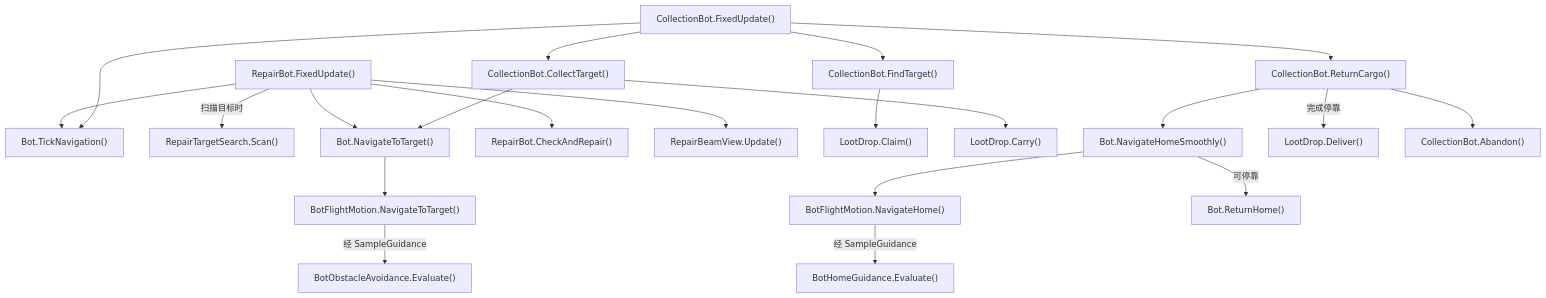
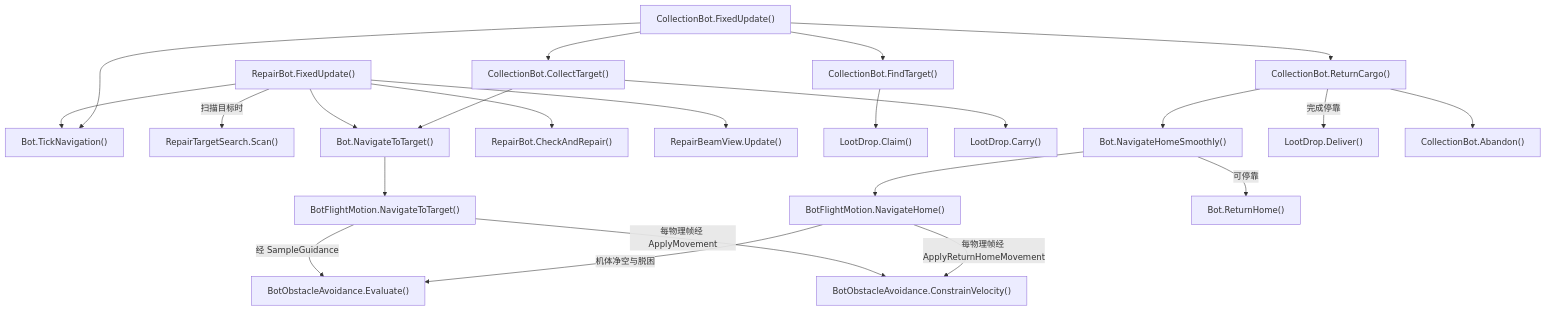
Before and after one commit to kukudia/HY-Sandbox: the seventh of 9 diagrams in Docs/RuntimeFlow.md, drawn with Mermaid. The commit also changed other lines of this file and 28 other files, not shown here.

First line of the commit message:
Fix loot visibility and presentation and unblock bot navigation

````diff
--- a/Docs/RuntimeFlow.md
+++ b/Docs/RuntimeFlow.md
@@ -542,63 +542,65 @@
 ```mermaid
 flowchart TD
     A["RepairBot.FixedUpdate()"]
     click A "../Assets/Scripts/Features/Bots/RepairBot.cs#L34" "打开源码"
     B["Bot.TickNavigation()"]
-    click B "../Assets/Scripts/Features/Bots/Bot.cs#L138" "打开源码"
+    click B "../Assets/Scripts/Features/Bots/Bot.cs#L157" "打开源码"
     C["RepairTargetSearch.Scan()"]
     click C "../Assets/Scripts/Features/Bots/RepairTargetSearch.cs#L15" "打开源码"
     D["Bot.NavigateToTarget()"]
-    click D "../Assets/Scripts/Features/Bots/Bot.cs#L210" "打开源码"
+    click D "../Assets/Scripts/Features/Bots/Bot.cs#L229" "打开源码"
     E["BotFlightMotion.NavigateToTarget()"]
     click E "../Assets/Scripts/Features/Bots/BotFlightMotion.cs#L58" "打开源码"
     F["BotObstacleAvoidance.Evaluate()"]
-    click F "../Assets/Scripts/Features/Bots/BotObstacleAvoidance.cs#L55" "打开源码"
+    click F "../Assets/Scripts/Features/Bots/BotObstacleAvoidance.cs#L63" "打开源码"
     G["RepairBot.CheckAndRepair()"]
     click G "../Assets/Scripts/Features/Bots/RepairBot.cs#L85" "打开源码"
     H["RepairBeamView.Update()"]
     click H "../Assets/Scripts/Features/Bots/RepairBeamView.cs#L49" "打开源码"
     I["CollectionBot.FixedUpdate()"]
     click I "../Assets/Scripts/Features/Bots/CollectionBot.cs#L31" "打开源码"
     J["CollectionBot.FindTarget()"]
     click J "../Assets/Scripts/Features/Bots/CollectionBot.cs#L94" "打开源码"
     K["LootDrop.Claim()"]
-    click K "../Assets/Scripts/Features/Salvage/LootDrop.cs#L154" "打开源码"
+    click K "../Assets/Scripts/Features/Salvage/LootDrop.cs#L188" "打开源码"
     L["CollectionBot.CollectTarget()"]
     click L "../Assets/Scripts/Features/Bots/CollectionBot.cs#L73" "打开源码"
     M["LootDrop.Carry()"]
-    click M "../Assets/Scripts/Features/Salvage/LootDrop.cs#L166" "打开源码"
+    click M "../Assets/Scripts/Features/Salvage/LootDrop.cs#L200" "打开源码"
     N["CollectionBot.ReturnCargo()"]
     click N "../Assets/Scripts/Features/Bots/CollectionBot.cs#L82" "打开源码"
     O["Bot.NavigateHomeSmoothly()"]
-    click O "../Assets/Scripts/Features/Bots/Bot.cs#L230" "打开源码"
+    click O "../Assets/Scripts/Features/Bots/Bot.cs#L249" "打开源码"
     P["BotFlightMotion.NavigateHome()"]
-    click P "../Assets/Scripts/Features/Bots/BotFlightMotion.cs#L71" "打开源码"
-    Q["BotHomeGuidance.Evaluate()"]
-    click Q "../Assets/Scripts/Features/Bots/BotHomeGuidance.cs#L27" "打开源码"
+    click P "../Assets/Scripts/Features/Bots/BotFlightMotion.cs#L69" "打开源码"
+    Q["BotObstacleAvoidance.ConstrainVelocity()"]
+    click Q "../Assets/Scripts/Features/Bots/BotObstacleAvoidance.cs#L223" "打开源码"
     R["Bot.ReturnHome()"]
-    click R "../Assets/Scripts/Features/Bots/Bot.cs#L280" "打开源码"
+    click R "../Assets/Scripts/Features/Bots/Bot.cs#L292" "打开源码"
     S["LootDrop.Deliver()"]
-    click S "../Assets/Scripts/Features/Salvage/LootDrop.cs#L195" "打开源码"
+    click S "../Assets/Scripts/Features/Salvage/LootDrop.cs#L231" "打开源码"
     T["CollectionBot.Abandon()"]
     click T "../Assets/Scripts/Features/Bots/CollectionBot.cs#L131" "打开源码"
     A --> B
     A -->|扫描目标时| C
     A --> D
     D --> E
     E -->|经 SampleGuidance| F
+    E -->|每物理帧经 ApplyMovement| Q
     A --> G
     A --> H
     I --> B
     I --> J
     J --> K
     I --> L
     L --> D
     L --> M
     I --> N
     N --> O
     O --> P
-    P -->|经 SampleGuidance| Q
+    P -->|每物理帧经 ApplyReturnHomeMovement| Q
+    P -->|机体净空与脱困| F
     O -->|可停靠| R
     N -->|完成停靠| S
     N --> T
 ```
````
